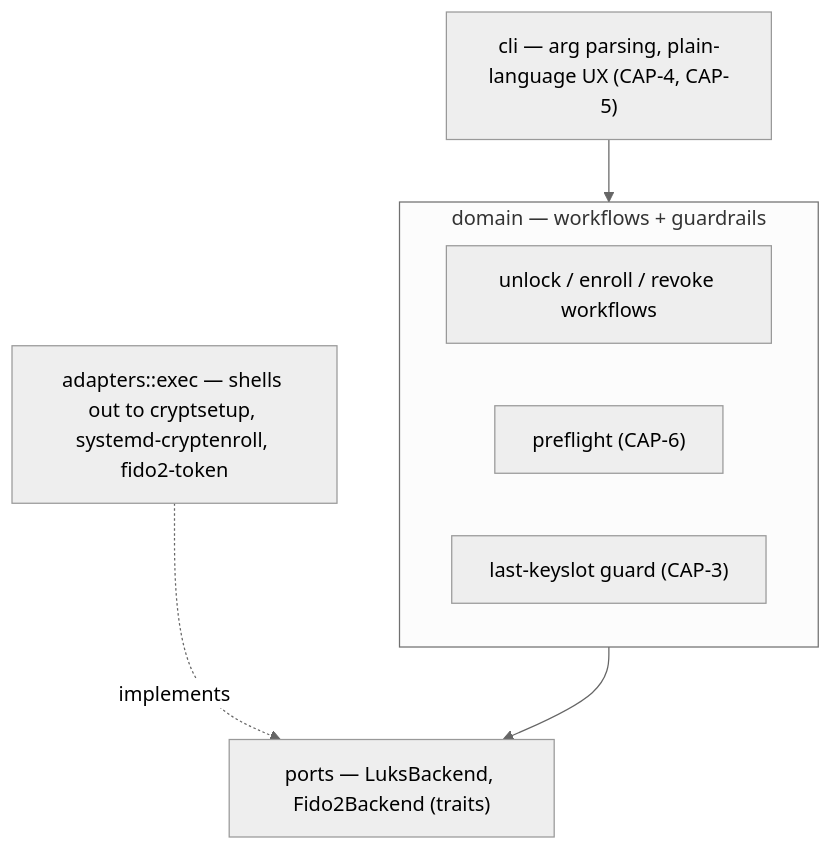
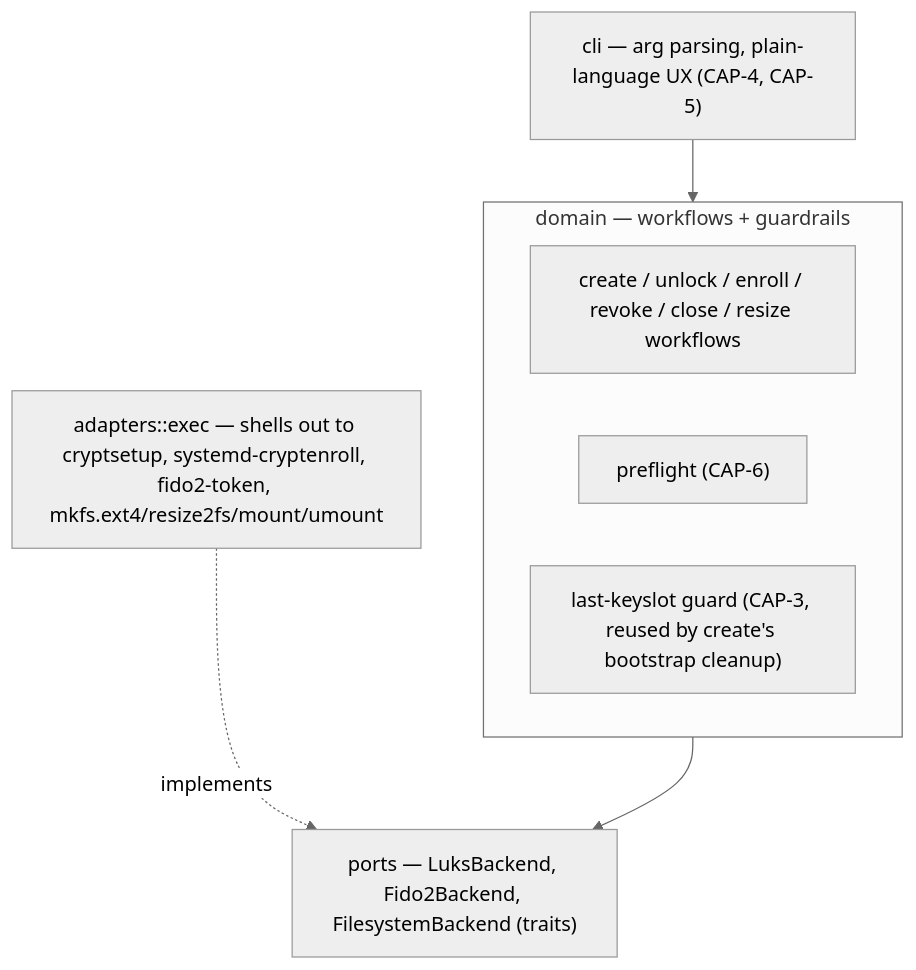
The first of 2 diagrams in _bmad-output/planning-artifacts/architecture/architecture-tomb-fido2-2026-07-22/ARCHITECTURE-SPINE.md (LeReverandNox/hypogaol), drawn with Mermaid (neutral theme) before and after one commit. The commit also changed other lines of this file and 10 other files, not shown here.

````diff
--- a/_bmad-output/planning-artifacts/architecture/architecture-tomb-fido2-2026-07-22/ARCHITECTURE-SPINE.md
+++ b/_bmad-output/planning-artifacts/architecture/architecture-tomb-fido2-2026-07-22/ARCHITECTURE-SPINE.md
@@ -22,11 +24,11 @@
 ```mermaid
 flowchart TD
     CLI["cli — arg parsing, plain-language UX (CAP-4, CAP-5)"] --> DOMAIN
     subgraph DOMAIN["domain — workflows + guardrails"]
-        WF["unlock / enroll / revoke workflows"]
+        WF["create / unlock / enroll / revoke / close / resize workflows"]
         PF["preflight (CAP-6)"]
-        GD["last-keyslot guard (CAP-3)"]
+        GD["last-keyslot guard (CAP-3, reused by create's bootstrap cleanup)"]
     end
-    DOMAIN --> PORTS["ports — LuksBackend, Fido2Backend (traits)"]
-    ADAPTERS["adapters::exec — shells out to cryptsetup, systemd-cryptenroll, fido2-token"] -.implements.-> PORTS
+    DOMAIN --> PORTS["ports — LuksBackend, Fido2Backend, FilesystemBackend (traits)"]
+    ADAPTERS["adapters::exec — shells out to cryptsetup, systemd-cryptenroll, fido2-token, mkfs.ext4/resize2fs/mount/umount"] -.implements.-> PORTS
 ```
````
